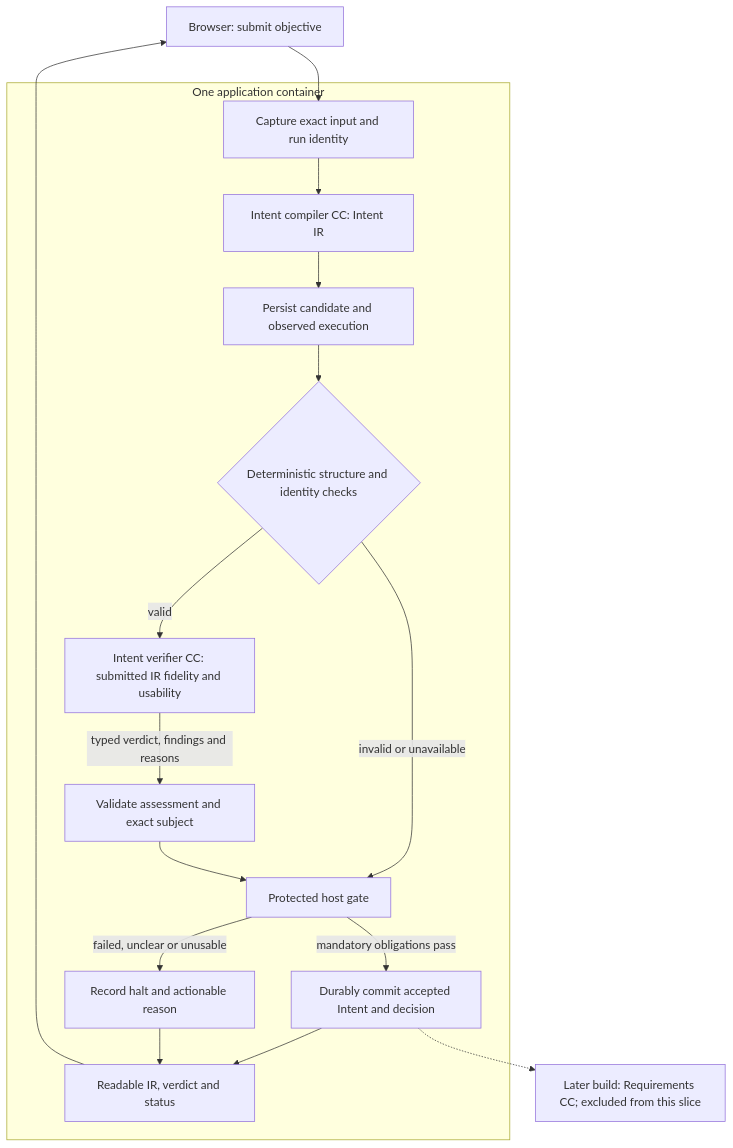
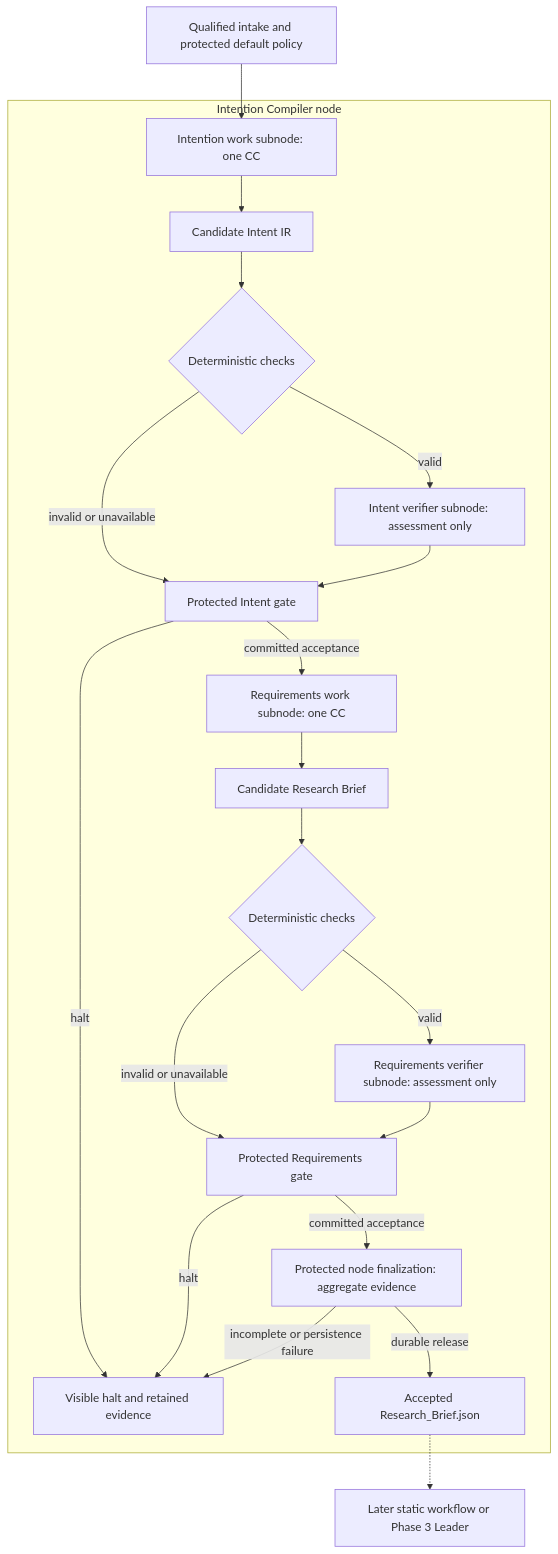
Before and after one commit to Stellven/jiuwenswarm: the diagram in docs/architecture/design-package/immediate-plan.md, drawn with Mermaid. The commit also changed other lines of this file and 285 other files, not shown here.

Commit message:
docs: complete Intention Compiler design in full and compact packages

````diff
--- a/docs/architecture/design-package/immediate-plan.md
+++ b/docs/architecture/design-package/immediate-plan.md
@@ -9,19 +9,23 @@
 ```mermaid
 flowchart TB
-    Browser[Browser: submit objective] --> Intake[Capture exact input and run identity]
-    subgraph App[One application container]
-        Intake --> Compiler[Intent compiler CC: Intent IR]
-        Compiler --> Capture[Persist candidate and observed execution]
-        Capture --> T1{Deterministic structure and identity checks}
-        T1 -->|valid| Verifier[Intent verifier CC: submitted IR fidelity and usability]
-        T1 -->|invalid or unavailable| Gate[Protected host gate]
-        Verifier -->|typed verdict, findings and reasons| Validate[Validate assessment and exact subject]
-        Validate --> Gate
-        Gate -->|mandatory obligations pass| Commit[Durably commit accepted Intent and decision]
-        Gate -->|failed, unclear or unusable| Halt[Record halt and actionable reason]
-        Commit --> View[Readable IR, verdict and status]
-        Halt --> View
+    Input[Qualified intake and protected default policy] --> IC
+    subgraph Node[Intention Compiler node]
+        IC[Intention work subnode: one CC] --> IR[Candidate Intent IR]
+        IR --> D1{Deterministic checks}
+        D1 -->|valid| V1[Intent verifier subnode: assessment only]
+        D1 -->|invalid or unavailable| G1[Protected Intent gate]
+        V1 --> G1
+        G1 -->|committed acceptance| RC[Requirements work subnode: one CC]
+        RC --> B[Candidate Research Brief]
+        B --> D2{Deterministic checks}
+        D2 -->|valid| V2[Requirements verifier subnode: assessment only]
+        D2 -->|invalid or unavailable| G2[Protected Requirements gate]
+        V2 --> G2
+        G2 -->|committed acceptance| NG[Protected node finalization: aggregate evidence]
+        G1 -->|halt| H[Visible halt and retained evidence]
+        G2 -->|halt| H
+        NG -->|durable release| Out[Accepted Research_Brief.json]
+        NG -->|incomplete or persistence failure| H
     end
-    View --> Browser
-    Commit -.-> Later[Later build: Requirements CC; excluded from this slice]
+    Out -.-> Consumer[Later static workflow or Phase 3 Leader]
 ```
````
